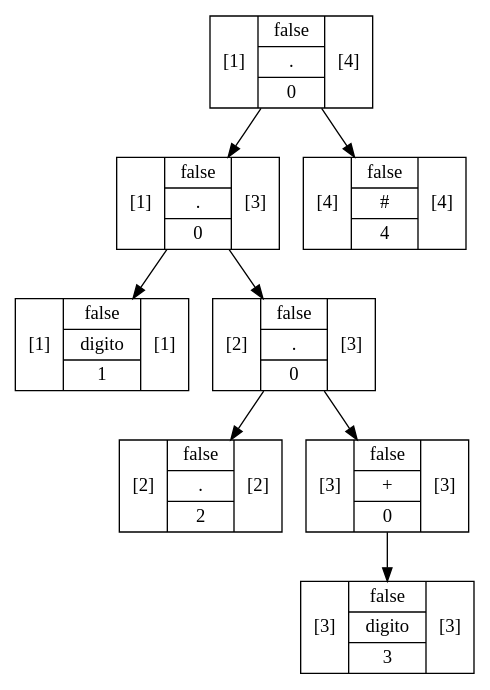
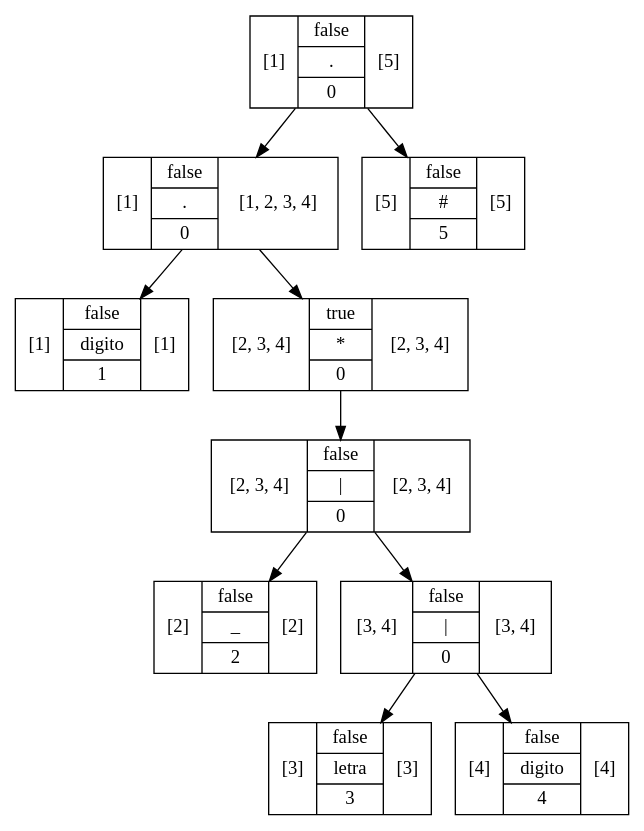
One commit to RojasCJP/Proyecto1_Compi1 changed the diagram in src/Graphviz/Arbol23.dot. Above: the diagram before and after it, drawn with Graphviz. The commit also changed 456 other files, not shown here.

```diff
--- a/src/Graphviz/Arbol23.dot
+++ b/src/Graphviz/Arbol23.dot
@@ -1,17 +1,21 @@
 digraph structs {
-    node [shape=record];ArbolNodoMetodo1972e940[label="[1]|{false|{digito}|1}|[1]"];
-ArbolNodoMetodobd9dcca[label="[2]|{false|{.}|2}|[2]"];
-ArbolNodoMetodo19776d84[label="[3]|{false|{digito}|3}|[3]"];
-ArbolNodoMetodob5e7dbd[label="[3]|{false|{+}|0}|[3]"];
-ArbolNodoMetodob5e7dbd -> ArbolNodoMetodo19776d84;
-ArbolNodoMetodo5e8bd7f[label="[2]|{false|{.}|0}|[3]"];
-ArbolNodoMetodo5e8bd7f -> ArbolNodoMetodobd9dcca;
-ArbolNodoMetodo5e8bd7f -> ArbolNodoMetodob5e7dbd;
-ArbolNodoMetodo40920e84[label="[1]|{false|{.}|0}|[3]"];
-ArbolNodoMetodo40920e84 -> ArbolNodoMetodo1972e940;
-ArbolNodoMetodo40920e84 -> ArbolNodoMetodo5e8bd7f;
-ArbolNodoMetodo622b505f[label="[4]|{false|{#}|4}|[4]"];
-ArbolNodoMetodo1ae06a32[label="[1]|{false|{.}|0}|[4]"];
-ArbolNodoMetodo1ae06a32 -> ArbolNodoMetodo40920e84;
-ArbolNodoMetodo1ae06a32 -> ArbolNodoMetodo622b505f;
+    node [shape=record];ArbolNodoMetodo6c2f34e4[label="[1]|{false|{digito}|1}|[1]"];
+ArbolNodoMetodo54b57f0a[label="[2]|{false|{_}|2}|[2]"];
+ArbolNodoMetodo17a16fac[label="[3]|{false|{letra}|3}|[3]"];
+ArbolNodoMetodo5cfc8884[label="[4]|{false|{digito}|4}|[4]"];
+ArbolNodoMetodo49e10feb[label="[3, 4]|{false|{\|}|0}|[3, 4]"];
+ArbolNodoMetodo49e10feb -> ArbolNodoMetodo17a16fac;
+ArbolNodoMetodo49e10feb -> ArbolNodoMetodo5cfc8884;
+ArbolNodoMetodo36d364f2[label="[2, 3, 4]|{false|{\|}|0}|[2, 3, 4]"];
+ArbolNodoMetodo36d364f2 -> ArbolNodoMetodo54b57f0a;
+ArbolNodoMetodo36d364f2 -> ArbolNodoMetodo49e10feb;
+ArbolNodoMetodo2a93b18b[label="[2, 3, 4]|{true|{*}|0}|[2, 3, 4]"];
+ArbolNodoMetodo2a93b18b -> ArbolNodoMetodo36d364f2;
+ArbolNodoMetodo1213b4f5[label="[1]|{false|{.}|0}|[1, 2, 3, 4]"];
+ArbolNodoMetodo1213b4f5 -> ArbolNodoMetodo6c2f34e4;
+ArbolNodoMetodo1213b4f5 -> ArbolNodoMetodo2a93b18b;
+ArbolNodoMetodo53cc6f0b[label="[5]|{false|{#}|5}|[5]"];
+ArbolNodoMetodo7e957574[label="[1]|{false|{.}|0}|[5]"];
+ArbolNodoMetodo7e957574 -> ArbolNodoMetodo1213b4f5;
+ArbolNodoMetodo7e957574 -> ArbolNodoMetodo53cc6f0b;
 }
```
